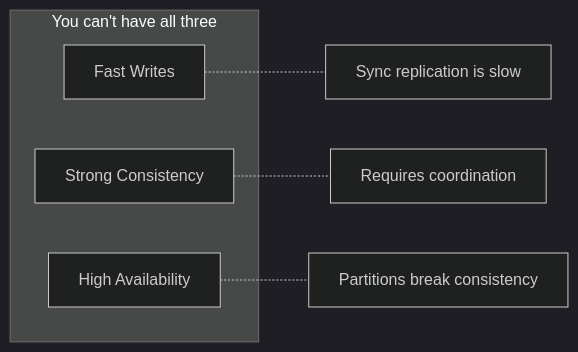
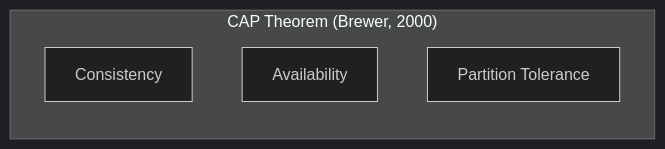
One commit to calmrocks/system-design-dive-deep changed the first of 7 diagrams in Sessions/Data Replication & Consistency/Data Replication & Consistency.md. Above: the diagram before and after it, drawn with Mermaid (dark theme). The commit also changed other lines of this file, not shown here.

```diff
--- a/Sessions/Data Replication & Consistency/Data Replication & Consistency.md
+++ b/Sessions/Data Replication & Consistency/Data Replication & Consistency.md
@@ -39,12 +74,8 @@
 ~~~mermaid
 flowchart LR
-    subgraph tradeoff["You can't have all three"]
-        FAST["Fast Writes"]
-        CONSISTENT["Strong Consistency"]
-        AVAILABLE["High Availability"]
+    subgraph cap["CAP Theorem (Brewer, 2000)"]
+        C["Consistency"]
+        A["Availability"]
+        P["Partition Tolerance"]
     end
-    
-    FAST -.- note1["Sync replication is slow"]
-    CONSISTENT -.- note2["Requires coordination"]
-    AVAILABLE -.- note3["Partitions break consistency"]
 ~~~
```
